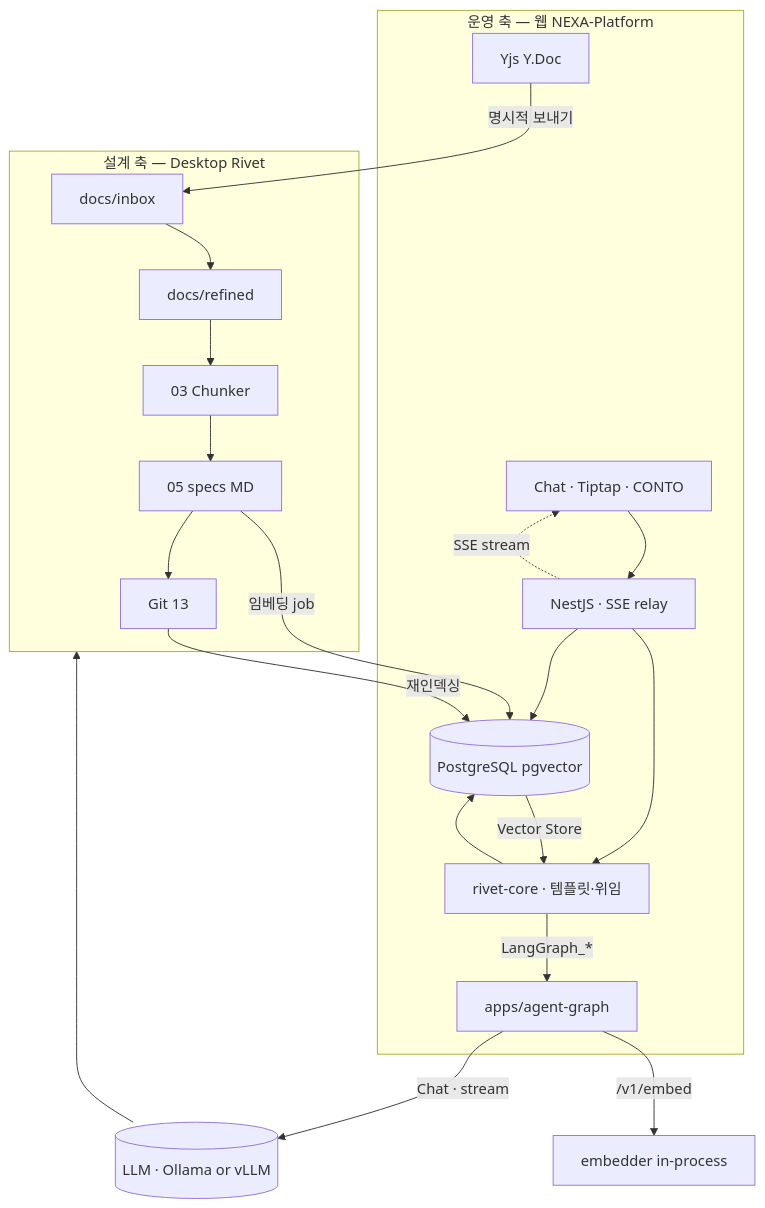
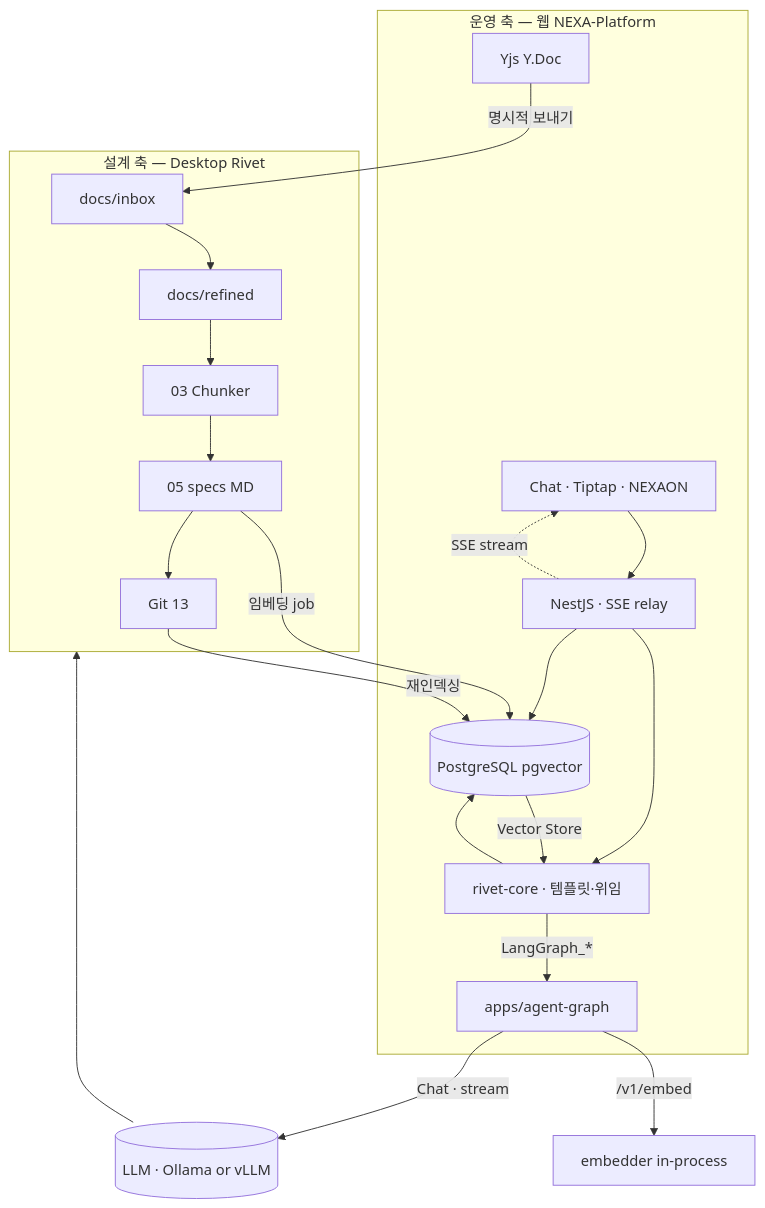
Before and after one commit to U2SOUTION/NEXA: the diagram in NEXA-Platform/docs/NEXA OS/Rivet/NEXA RAG 아키텍처 — Rivet·PostgreSQL·Ollama.md, drawn with Mermaid. The commit also changed other lines of this file and 26 other files, not shown here.

````diff
--- a/NEXA-Platform/docs/NEXA OS/Rivet/NEXA RAG 아키텍처 — Rivet·PostgreSQL·Ollama.md
+++ b/NEXA-Platform/docs/NEXA OS/Rivet/NEXA RAG 아키텍처 — Rivet·PostgreSQL·Ollama.md
@@ -39,36 +39,36 @@
 ```mermaid
 flowchart TB
   subgraph design [설계 축 — Desktop Rivet]
     I[docs/inbox] --> R[docs/refined]
     R --> C03[03 Chunker]
     C03 --> C05[05 specs MD]
     C05 --> GIT[Git 13]
   end
 
   subgraph ops [운영 축 — 웹 NEXA-Platform]
-    UI[Chat · Tiptap · CONTO]
+    UI[Chat · Tiptap · NEXAON]
     YJS[Yjs Y.Doc]
     RC[rivet-core · 템플릿·위임]
     NS[NestJS · SSE relay]
     AG[apps/agent-graph]
     PG[(PostgreSQL pgvector)]
     UI --> NS
     NS --> RC
     RC -->|LangGraph_*| AG
     NS -.->|SSE stream| UI
     NS --> PG
     RC --> PG
   end
 
   OL[(LLM · Ollama or vLLM)]
 
   AG -->|Chat · stream| OL
   AG -->|/v1/embed| EMB[embedder in-process]
 
   C05 -->|임베딩 job| PG
   GIT -->|재인덱싱| PG
   PG -->|Vector Store| RC
   OL --> design
 
   YJS -->|명시적 보내기| I
 ```
````
